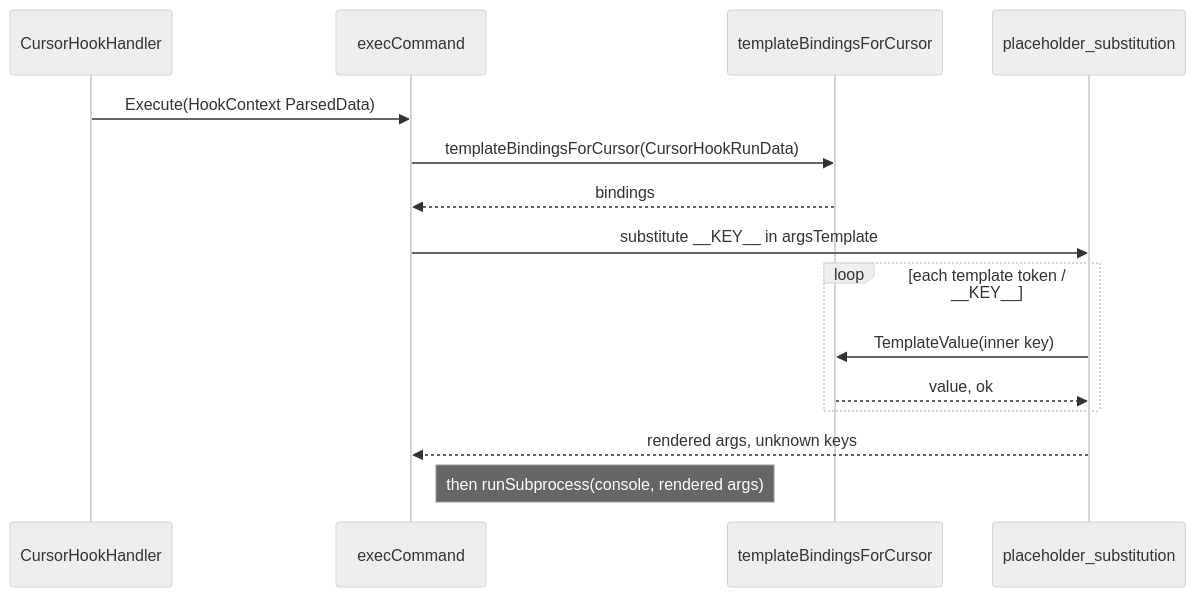
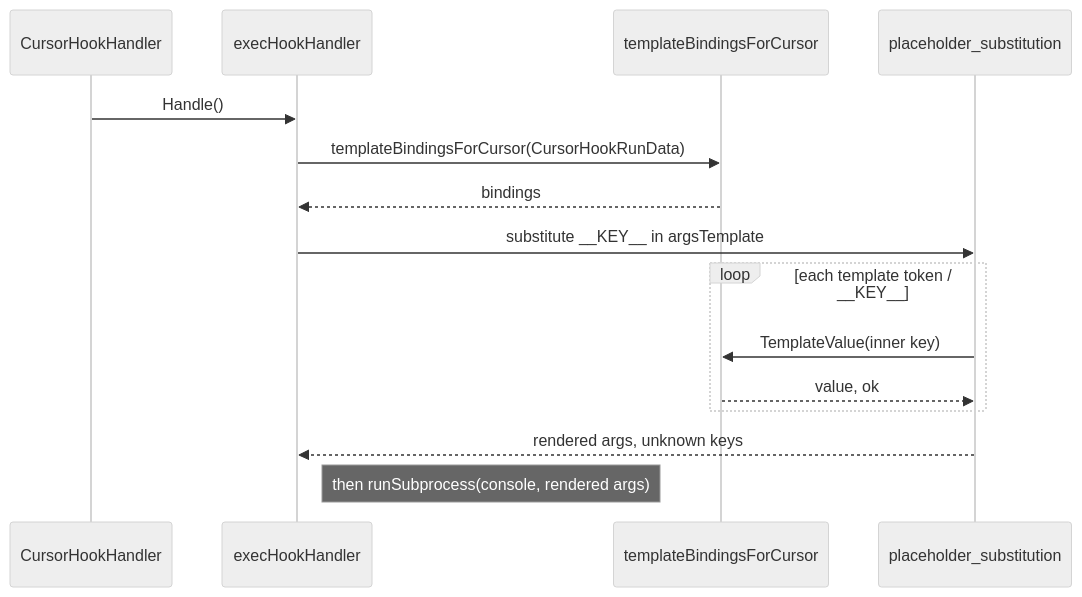
Before and after one commit to sviatsviatsviat/wat: the third of 3 diagrams in README.md, drawn with Mermaid (neutral theme). The commit also changed other lines of this file and 10 other files, not shown here.

````diff
--- a/README.md
+++ b/README.md
@@ -254,18 +254,18 @@
 ```mermaid
 sequenceDiagram
   participant H as CursorHookHandler
-  participant Run as execCommand
+  participant Run as execHookHandler
   participant TB as templateBindingsForCursor
   participant R as placeholder_substitution
 
-  H->>Run: Execute(HookContext ParsedData)
+  H->>Run: Handle()
   Run->>TB: templateBindingsForCursor(CursorHookRunData)
   TB-->>Run: bindings
   Run->>R: substitute __KEY__ in argsTemplate
   loop each template token / __KEY__
     R->>TB: TemplateValue(inner key)
     TB-->>R: value, ok
   end
   R-->>Run: rendered args, unknown keys
   Note right of Run: then runSubprocess(console, rendered args)
 ```
````
